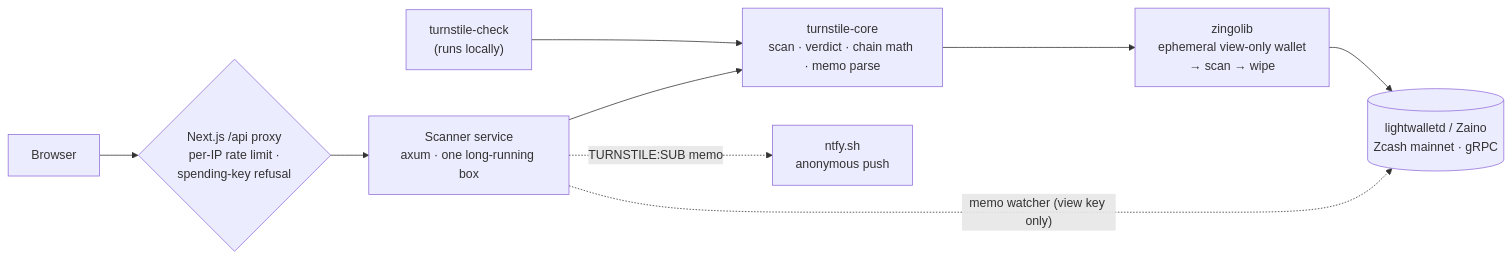
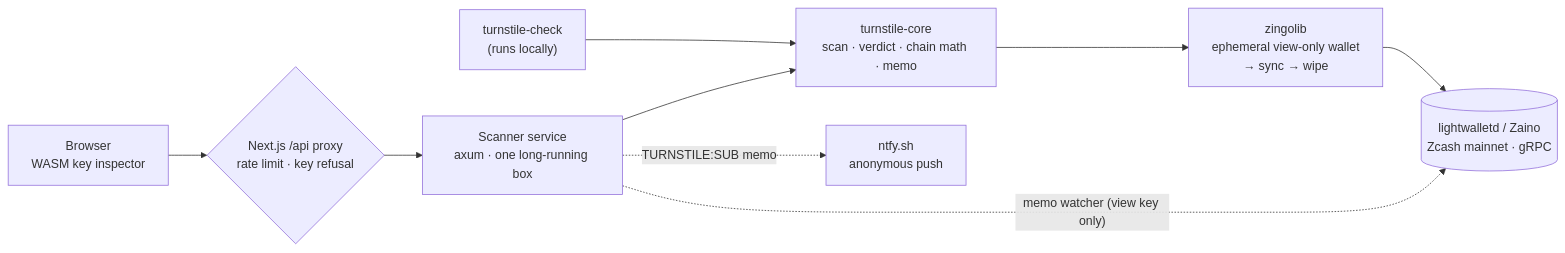
Before and after one commit to Enoch208/Turnstile: the diagram in README.md, drawn with Mermaid. The commit also changed other lines of this file, not shown here.

````diff
--- a/README.md
+++ b/README.md
@@ -178,11 +189,11 @@
 ```mermaid
 flowchart LR
-    B["Browser"] --> PX{"Next.js /api proxy<br/>per-IP rate limit ·<br/>spending-key refusal"}
+    B["Browser<br/>WASM key inspector"] --> PX{"Next.js /api proxy<br/>rate limit · key refusal"}
     CLI["turnstile-check<br/>(runs locally)"] --> CORE
     PX --> SVC["Scanner service<br/>axum · one long-running box"]
-    SVC --> CORE["turnstile-core<br/>scan · verdict · chain math · memo parse"]
-    CORE --> ZINGO["zingolib<br/>ephemeral view-only wallet<br/>→ scan → wipe"]
+    SVC --> CORE["turnstile-core<br/>scan · verdict · chain math · memo"]
+    CORE --> ZINGO["zingolib<br/>ephemeral view-only wallet<br/>→ sync → wipe"]
     ZINGO --> IDX[("lightwalletd / Zaino<br/>Zcash mainnet · gRPC")]
     SVC -.->|"memo watcher (view key only)"| IDX
     SVC -.->|"TURNSTILE:SUB memo"| NTFY["ntfy.sh<br/>anonymous push"]
 ```
````
